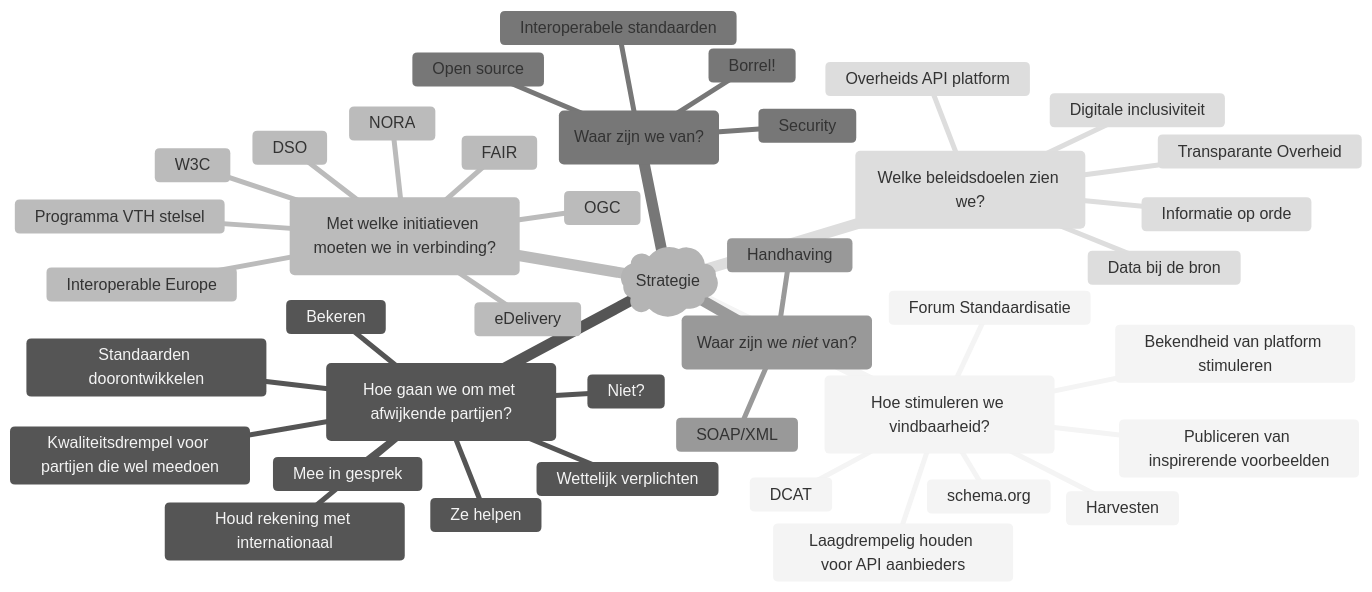
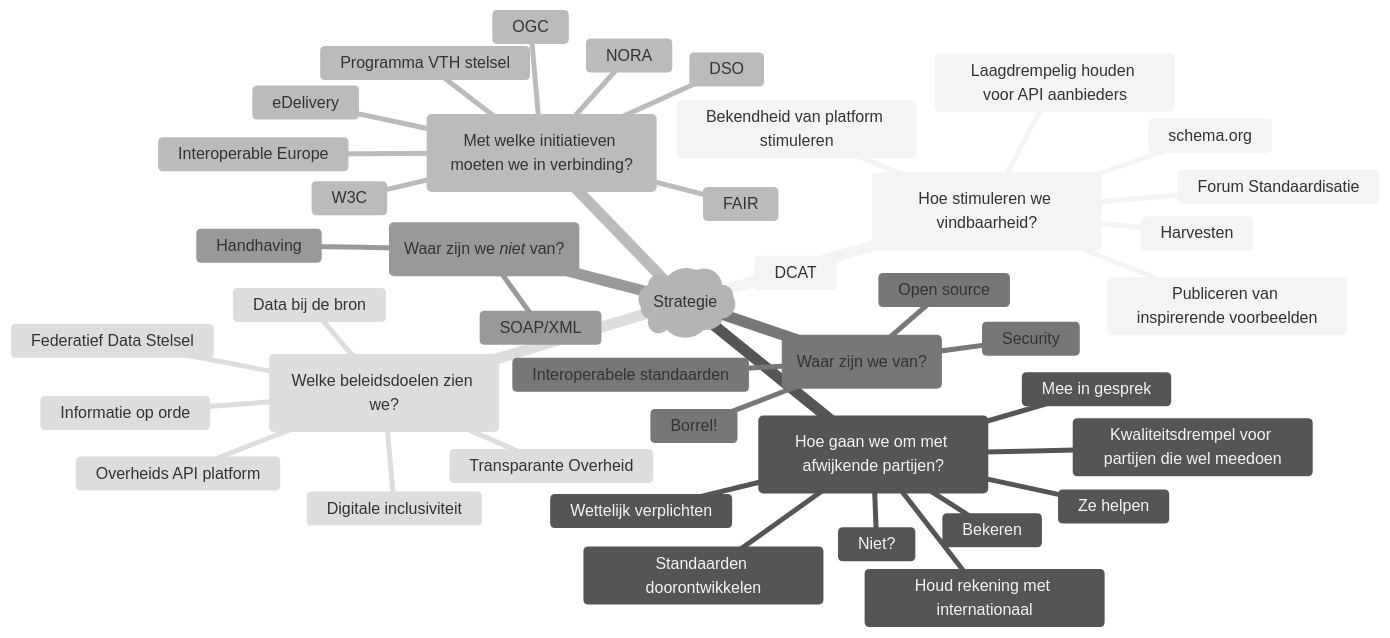
The diagram in overleggen/Werkgroep API strategie en beleid/Gebruikerswensen/mindmap.md (Geonovum/KP-APIs), drawn with Mermaid (neutral theme) before and after one commit.

````diff
--- a/overleggen/Werkgroep API strategie en beleid/Gebruikerswensen/mindmap.md
+++ b/overleggen/Werkgroep API strategie en beleid/Gebruikerswensen/mindmap.md
@@ -4,44 +4,45 @@
 ```mermaid
 mindmap
   root)Strategie(
     (Hoe stimuleren we vindbaarheid?)
       Bekendheid van platform stimuleren
       DCAT
       Forum Standaardisatie
       Harvesten
       Laagdrempelig houden voor API aanbieders
       Publiceren van inspirerende voorbeelden
       schema.org
     (Hoe gaan we om met afwijkende partijen?)
       Bekeren
       Houd rekening met internationaal
       Kwaliteitsdrempel voor partijen die wel meedoen
       Mee in gesprek
       Niet?
       Standaarden doorontwikkelen
       Wettelijk verplichten
       Ze helpen
     (Met welke initiatieven moeten we in verbinding?)
       DSO
       eDelivery
       FAIR
       Interoperable Europe
       NORA
       OGC
       Programma VTH stelsel
       W3C
     (Waar zijn we van?)
       Borrel!
       Interoperabele standaarden
       Open source
       Security
     (Waar zijn we *niet* van?)
       SOAP/XML
       Handhaving
     (Welke beleidsdoelen zien we?)
       Data bij de bron
       Digitale inclusiviteit
+      Federatief Data Stelsel
       Informatie op orde
       Overheids API platform
       Transparante Overheid
 ```
````
